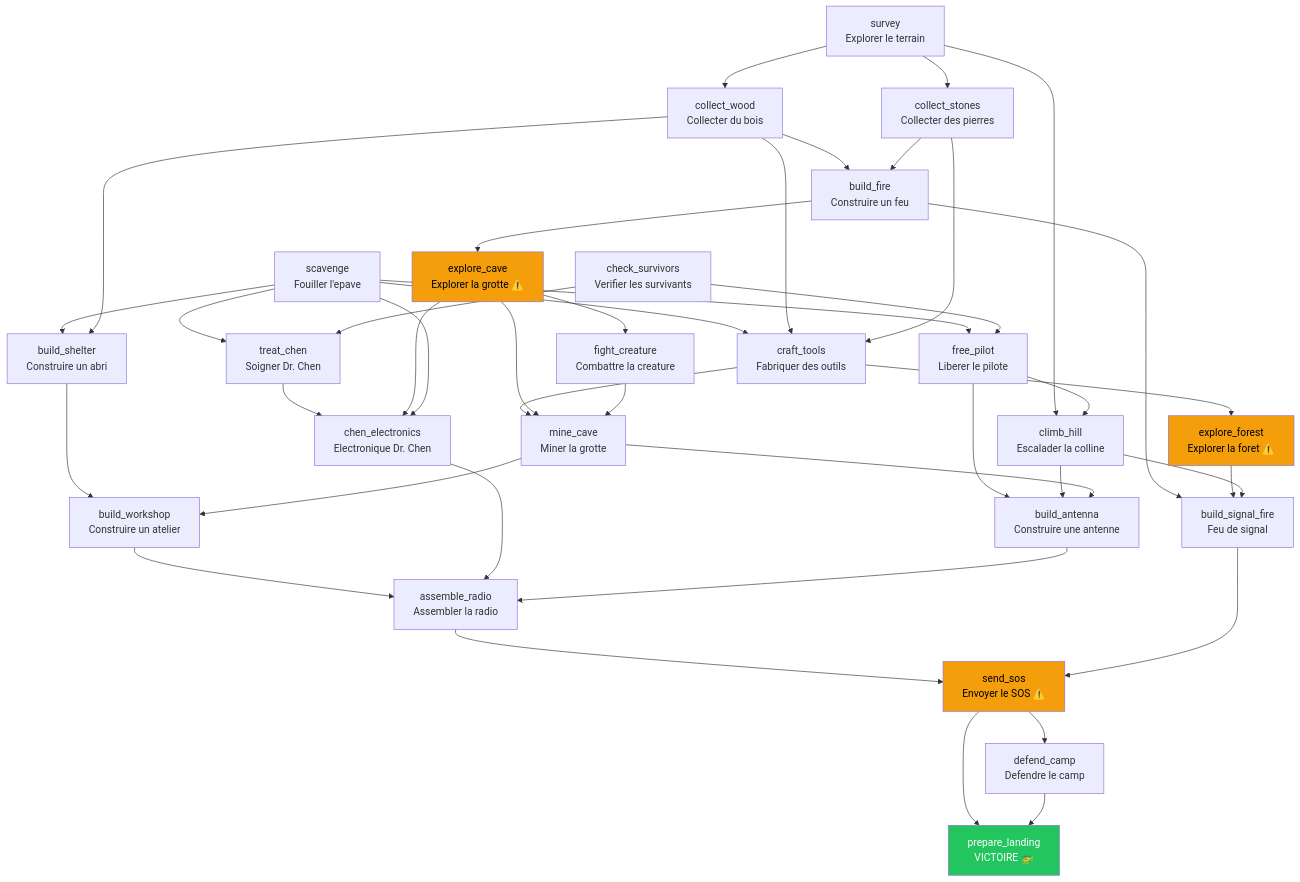
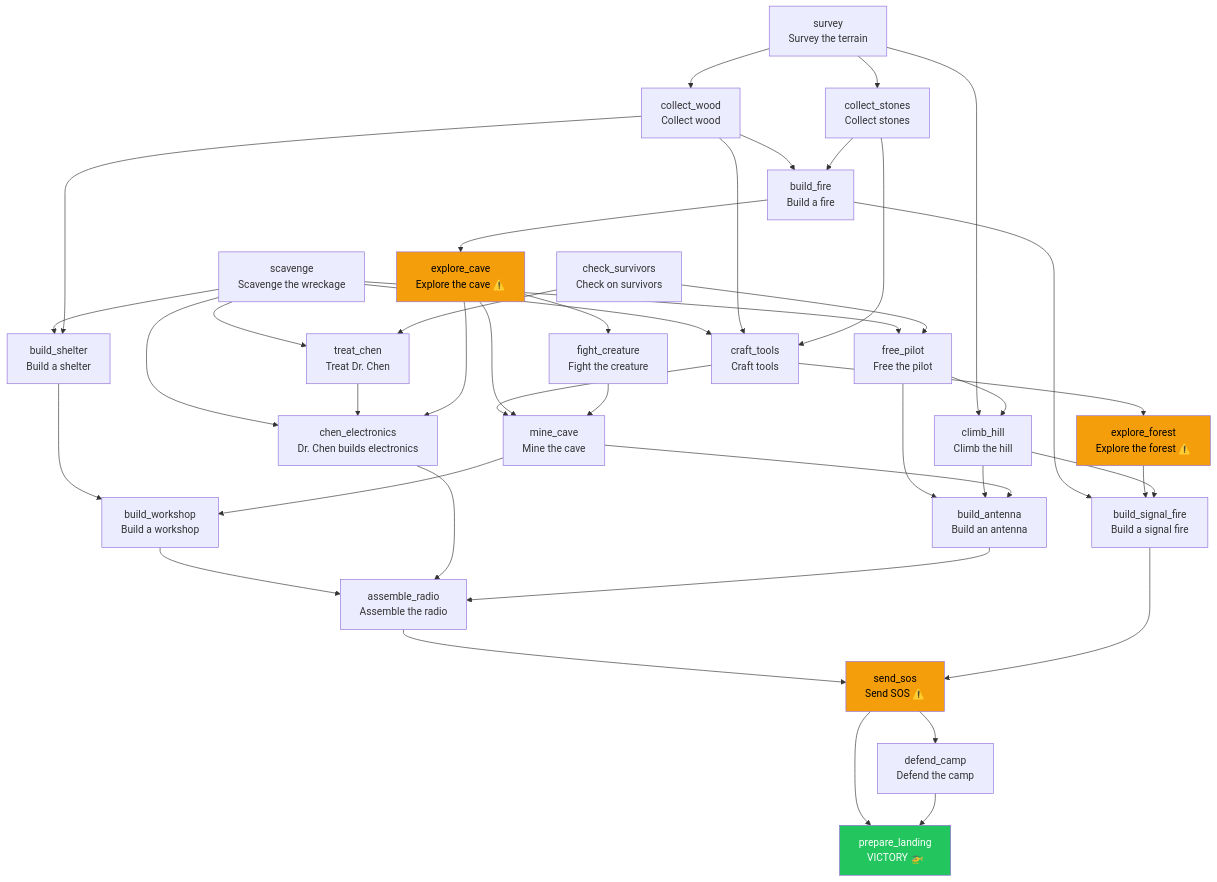
One commit to sderosiaux/claude-code-survivor-game changed the diagram in README.md. Above: the diagram before and after it, drawn with Mermaid. The commit also changed other lines of this file and 1 other file, not shown here.

Commit message:
translate all content to English, update README why section

````diff
--- a/README.md
+++ b/README.md
@@ -69,33 +71,33 @@
 ```mermaid
 graph TD
-    survey["survey<br/>Explorer le terrain"]
-    scavenge["scavenge<br/>Fouiller l'epave"]
-    check_survivors["check_survivors<br/>Verifier les survivants"]
+    survey["survey<br/>Survey the terrain"]
+    scavenge["scavenge<br/>Scavenge the wreckage"]
+    check_survivors["check_survivors<br/>Check on survivors"]
 
-    collect_wood["collect_wood<br/>Collecter du bois"]
-    collect_stones["collect_stones<br/>Collecter des pierres"]
-    free_pilot["free_pilot<br/>Liberer le pilote"]
-    treat_chen["treat_chen<br/>Soigner Dr. Chen"]
+    collect_wood["collect_wood<br/>Collect wood"]
+    collect_stones["collect_stones<br/>Collect stones"]
+    free_pilot["free_pilot<br/>Free the pilot"]
+    treat_chen["treat_chen<br/>Treat Dr. Chen"]
 
-    build_fire["build_fire<br/>Construire un feu"]
-    craft_tools["craft_tools<br/>Fabriquer des outils"]
-    build_shelter["build_shelter<br/>Construire un abri"]
-    climb_hill["climb_hill<br/>Escalader la colline"]
+    build_fire["build_fire<br/>Build a fire"]
+    craft_tools["craft_tools<br/>Craft tools"]
+    build_shelter["build_shelter<br/>Build a shelter"]
+    climb_hill["climb_hill<br/>Climb the hill"]
 
-    explore_cave["explore_cave<br/>Explorer la grotte ⚠️"]
-    explore_forest["explore_forest<br/>Explorer la foret ⚠️"]
-    fight_creature["fight_creature<br/>Combattre la creature"]
+    explore_cave["explore_cave<br/>Explore the cave ⚠️"]
+    explore_forest["explore_forest<br/>Explore the forest ⚠️"]
+    fight_creature["fight_creature<br/>Fight the creature"]
 
-    mine_cave["mine_cave<br/>Miner la grotte"]
-    build_workshop["build_workshop<br/>Construire un atelier"]
-    chen_electronics["chen_electronics<br/>Electronique Dr. Chen"]
-    build_antenna["build_antenna<br/>Construire une antenne"]
-    build_signal_fire["build_signal_fire<br/>Feu de signal"]
+    mine_cave["mine_cave<br/>Mine the cave"]
+    build_workshop["build_workshop<br/>Build a workshop"]
+    chen_electronics["chen_electronics<br/>Dr. Chen builds electronics"]
+    build_antenna["build_antenna<br/>Build an antenna"]
+    build_signal_fire["build_signal_fire<br/>Build a signal fire"]
 
-    assemble_radio["assemble_radio<br/>Assembler la radio"]
-    send_sos["send_sos<br/>Envoyer le SOS ⚠️"]
-    defend_camp["defend_camp<br/>Defendre le camp"]
-    prepare_landing["prepare_landing<br/>VICTOIRE 🚁"]
+    assemble_radio["assemble_radio<br/>Assemble the radio"]
+    send_sos["send_sos<br/>Send SOS ⚠️"]
+    defend_camp["defend_camp<br/>Defend the camp"]
+    prepare_landing["prepare_landing<br/>VICTORY 🚁"]
 
     survey --> collect_wood
     survey --> collect_stones
@@ -105,6 +107,7 @@
     scavenge --> treat_chen
     scavenge --> craft_tools
     scavenge --> build_shelter
+    scavenge --> chen_electronics
 
     check_survivors --> free_pilot
     check_survivors --> treat_chen
@@ -131,7 +134,6 @@
     explore_cave --> fight_creature
     explore_cave --> mine_cave
     explore_cave --> chen_electronics
-    scavenge --> chen_electronics
 
     explore_forest --> build_signal_fire
 
````
